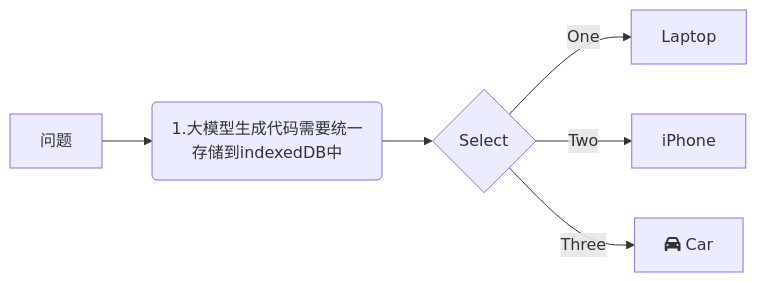
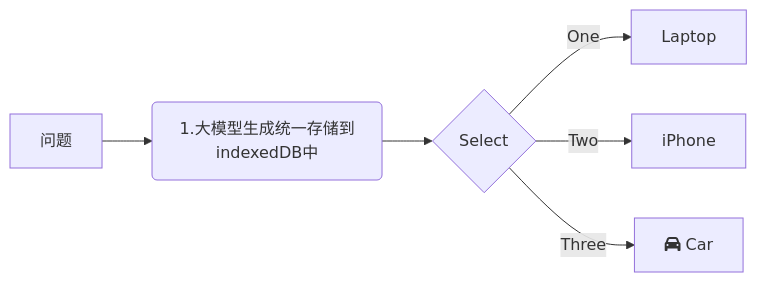
One commit to yingjianzh/iodraw-files changed the diagram in all/未命名-21.md. Above: the diagram before and after it, drawn with Mermaid.

Commit message:
2025-02-17 14:17:59 update

````diff
--- a/all/未命名-21.md
+++ b/all/未命名-21.md
@@ -1,9 +1,9 @@
 ```mermaid
 graph LR
-    A[问题] -->B(1.大模型生成代码需要统一存储到indexedDB中)
+    A[问题] -->B(1.大模型生成统一存储到indexedDB中)
     B --> C{Select}
     C -->|One| D[Laptop]
     C -->|Two| E[iPhone]
     C -->|Three| F[fa:fa-car Car]
   
 ```
````
